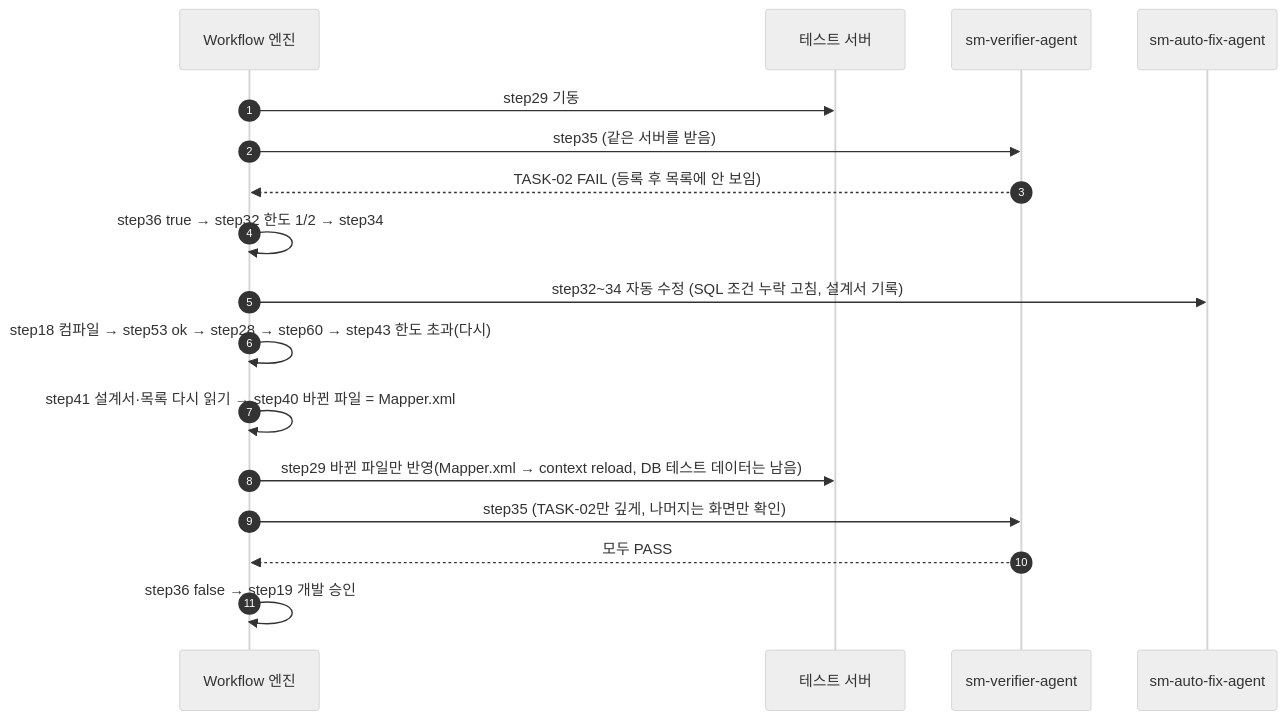
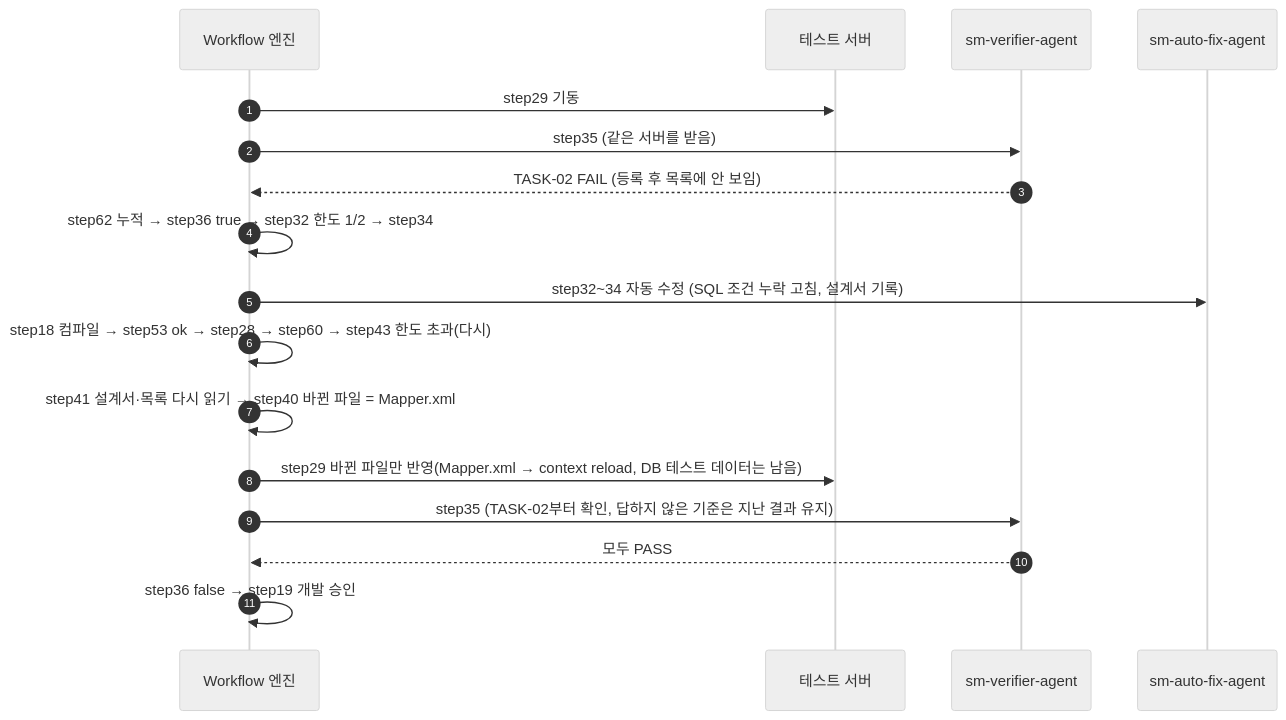
One commit to YongSoekChoeng/dstone changed diagram 23 of 24 in docs/09.dstone-ai-engine-sm-workflow.md. Above: the diagram before and after it, drawn with Mermaid (neutral theme). The commit also changed other lines of this file and 9 other files, not shown here.

````diff
--- a/docs/09.dstone-ai-engine-sm-workflow.md
+++ b/docs/09.dstone-ai-engine-sm-workflow.md
@@ -1603,19 +1632,19 @@
 ```mermaid
 sequenceDiagram
     autonumber
     participant WF as Workflow 엔진
     participant SB as 테스트 서버
     participant VF as sm-verifier-agent
     participant FX as sm-auto-fix-agent
     WF->>SB: step29 기동
     WF->>VF: step35 (같은 서버를 받음)
     VF-->>WF: TASK-02 FAIL (등록 후 목록에 안 보임)
-    WF->>WF: step36 true → step32 한도 1/2 → step34
+    WF->>WF: step62 누적 → step36 true → step32 한도 1/2 → step34
     WF->>FX: step32~34 자동 수정 (SQL 조건 누락 고침, 설계서 기록)
     WF->>WF: step18 컴파일 → step53 ok → step28 → step60 → step43 한도 초과(다시)
     WF->>WF: step41 설계서·목록 다시 읽기 → step40 바뀐 파일 = Mapper.xml
     WF->>SB: step29 바뀐 파일만 반영(Mapper.xml → context reload, DB 테스트 데이터는 남음)
-    WF->>VF: step35 (TASK-02만 깊게, 나머지는 화면만 확인)
+    WF->>VF: step35 (TASK-02부터 확인, 답하지 않은 기준은 지난 결과 유지)
     VF-->>WF: 모두 PASS
     WF->>WF: step36 false → step19 개발 승인
 ```
````
